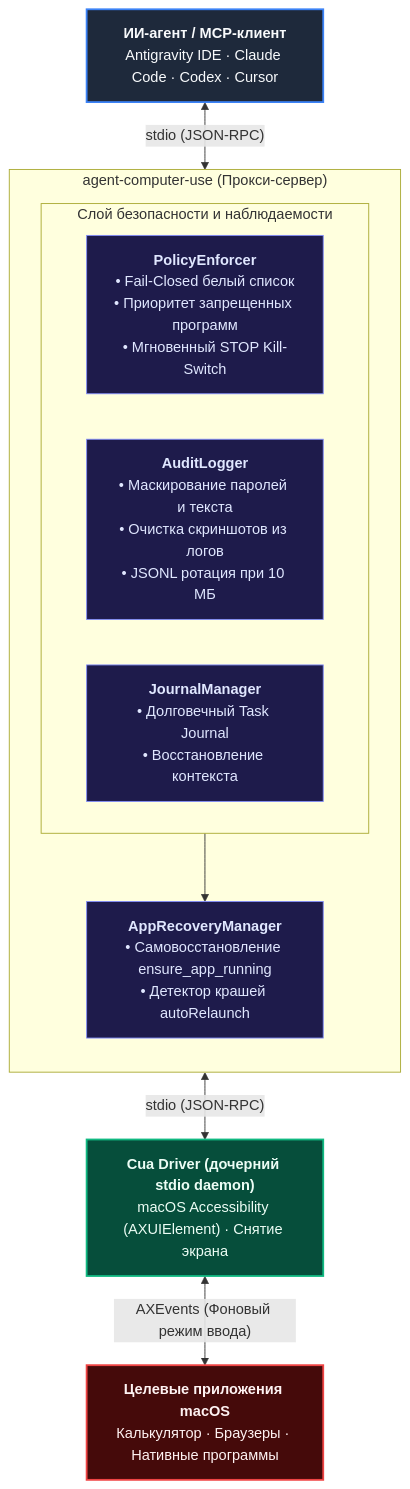
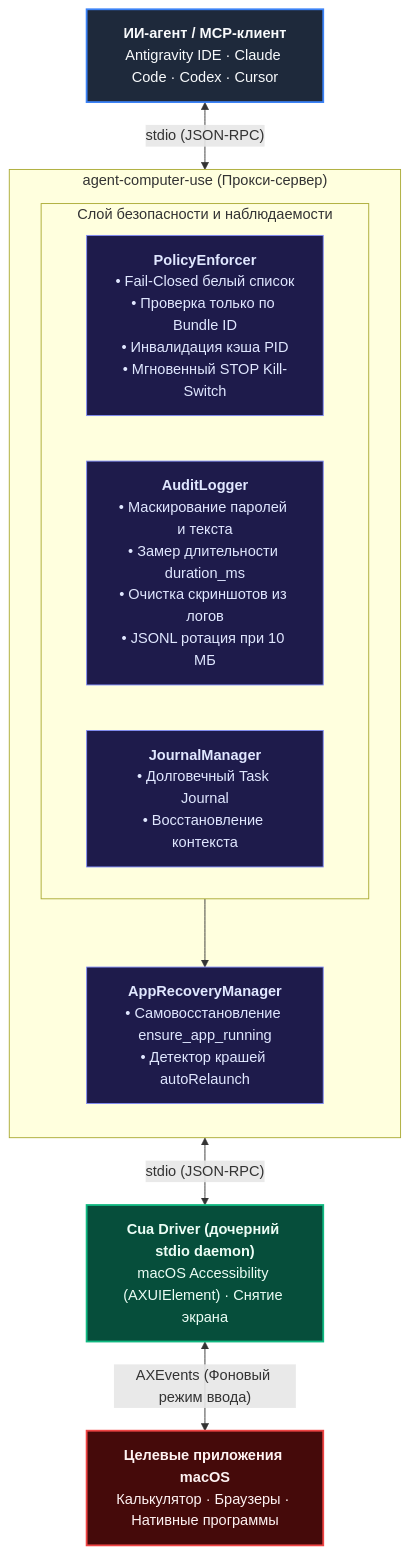
One commit to waniyaro/agent-computer-use changed the diagram in README.ru.md. Above: the diagram before and after it, drawn with Mermaid. The commit also changed other lines of this file and 18 other files, not shown here.

````diff
--- a/README.ru.md
+++ b/README.ru.md
@@ -29,28 +29,28 @@
 ```mermaid
 graph TD
     classDef client fill:#1e293b,stroke:#3b82f6,stroke-width:2px,color:#f8fafc;
     classDef proxy fill:#0f172a,stroke:#6366f1,stroke-width:2px,color:#f8fafc;
     classDef module fill:#1e1b4b,stroke:#818cf8,stroke-width:1px,color:#e0e7ff;
     classDef driver fill:#064e3b,stroke:#10b981,stroke-width:2px,color:#ecfdf5;
     classDef app fill:#450a0a,stroke:#ef4444,stroke-width:2px,color:#fef2f2;
 
     Client["<b>ИИ-агент / MCP-клиент</b><br/>Antigravity IDE · Claude Code · Codex · Cursor"]:::client
 
     subgraph ACU ["agent-computer-use (Прокси-сервер)"]
         direction TB
         subgraph Safety ["Слой безопасности и наблюдаемости"]
-            Enforcer["<b>PolicyEnforcer</b><br/>• Fail-Closed белый список<br/>• Приоритет запрещенных программ<br/>• Мгновенный STOP Kill-Switch"]:::module
-            Audit["<b>AuditLogger</b><br/>• Маскирование паролей и текста<br/>• Очистка скриншотов из логов<br/>• JSONL ротация при 10 МБ"]:::module
+            Enforcer["<b>PolicyEnforcer</b><br/>• Fail-Closed белый список<br/>• Проверка только по Bundle ID<br/>• Инвалидация кэша PID<br/>• Мгновенный STOP Kill-Switch"]:::module
+            Audit["<b>AuditLogger</b><br/>• Маскирование паролей и текста<br/>• Замер длительности duration_ms<br/>• Очистка скриншотов из логов<br/>• JSONL ротация при 10 МБ"]:::module
             Journal["<b>JournalManager</b><br/>• Долговечный Task Journal<br/>• Восстановление контекста"]:::module
         end
         Recovery["<b>AppRecoveryManager</b><br/>• Самовосстановление ensure_app_running<br/>• Детектор крашей autoRelaunch"]:::module
     end
 
     Driver["<b>Cua Driver (дочерний stdio daemon)</b><br/>macOS Accessibility (AXUIElement) · Снятие экрана"]:::driver
     Apps["<b>Целевые приложения macOS</b><br/>Калькулятор · Браузеры · Нативные программы"]:::app
 
     Client <-->|"stdio (JSON-RPC)"| ACU
     Safety --> Recovery
     ACU <-->|"stdio (JSON-RPC)"| Driver
     Driver <-->|"AXEvents (Фоновый режим ввода)"| Apps
 ```
````
